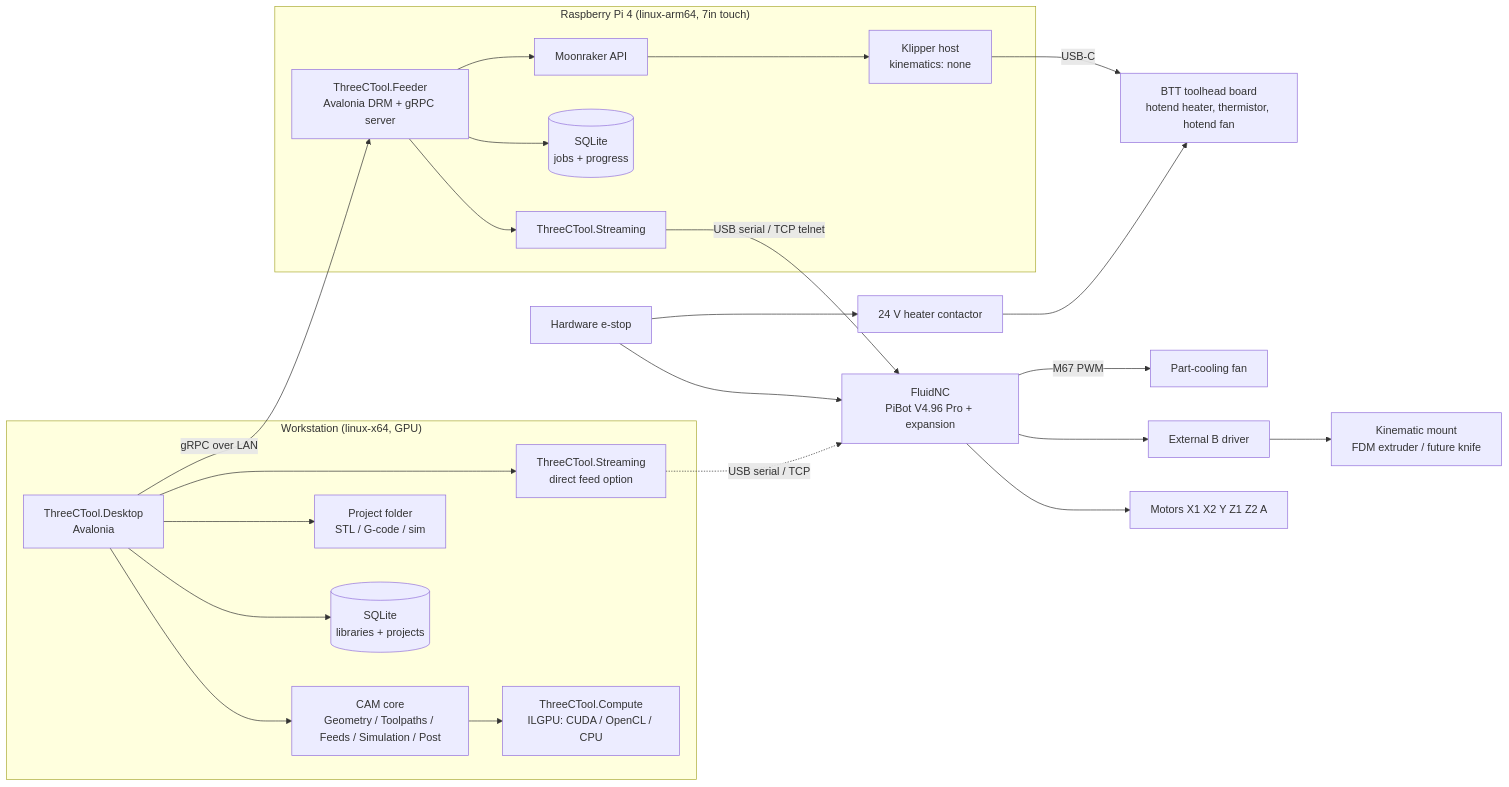
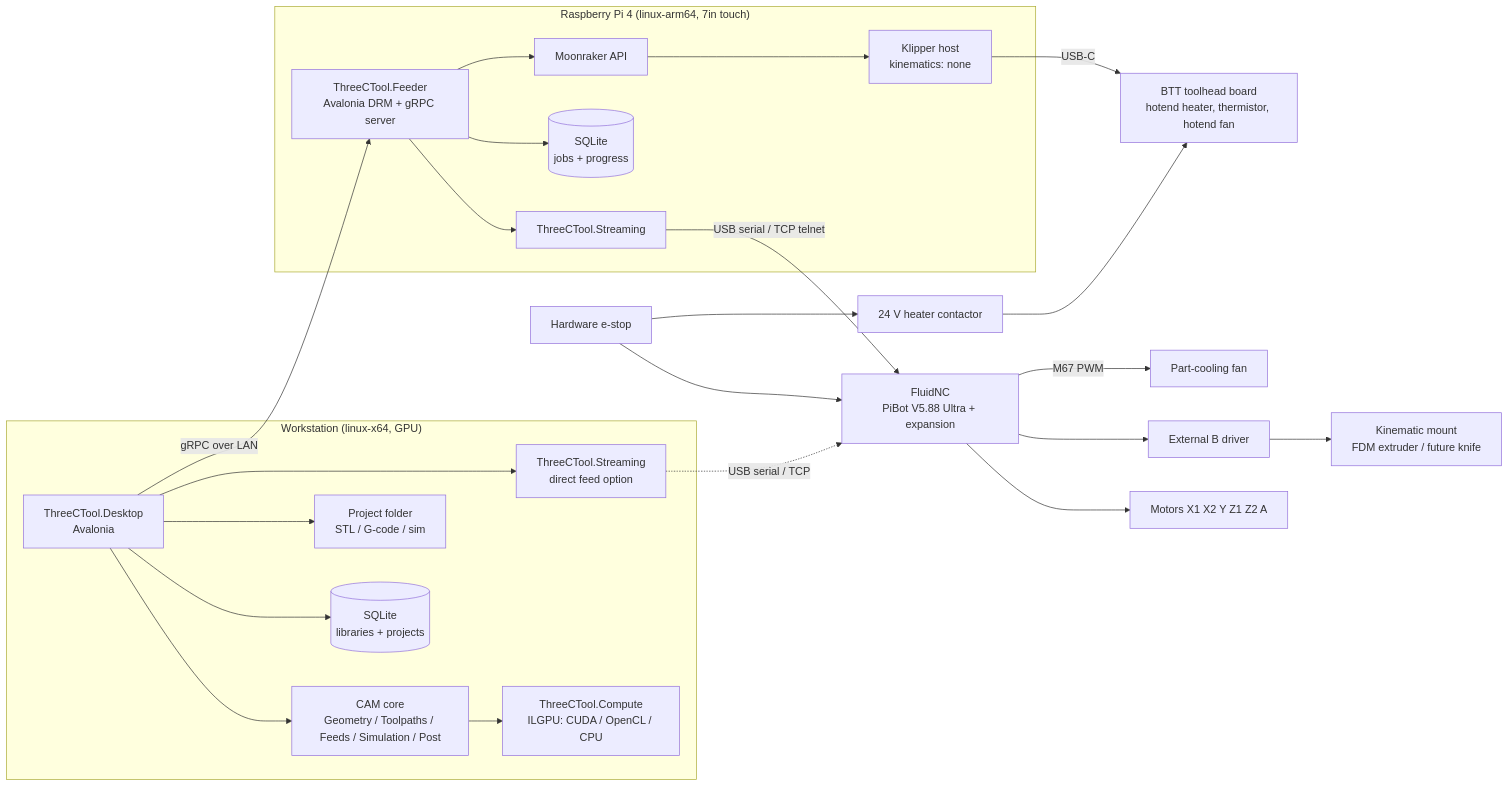
Before and after one commit to Classic-Car-EVO/3CTool: the first of 2 diagrams in 3CTool_Plan.md, drawn with Mermaid. The commit also changed other lines of this file and 28 other files, not shown here.

````diff
--- a/3CTool_Plan.md
+++ b/3CTool_Plan.md
@@ -145,24 +145,24 @@
 ```mermaid
 flowchart LR
     subgraph Workstation["Workstation (linux-x64, GPU)"]
         D[ThreeCTool.Desktop<br/>Avalonia] --> CAM[CAM core<br/>Geometry / Toolpaths / Feeds / Simulation / Post]
         CAM --> GPU[ThreeCTool.Compute<br/>ILGPU: CUDA / OpenCL / CPU]
         D --> DB1[(SQLite<br/>libraries + projects)]
         D --> FS1[Project folder<br/>STL / G-code / sim]
         D --> STR1[ThreeCTool.Streaming<br/>direct feed option]
     end
     subgraph Pi["Raspberry Pi 4 (linux-arm64, 7in touch)"]
         F[ThreeCTool.Feeder<br/>Avalonia DRM + gRPC server] --> STR2[ThreeCTool.Streaming]
         F --> DB2[(SQLite<br/>jobs + progress)]
         F --> MR[Moonraker API] --> KL[Klipper host<br/>kinematics: none]
     end
     D -- gRPC over LAN --> F
-    STR2 -- USB serial / TCP telnet --> M[FluidNC<br/>PiBot V4.96 Pro + expansion]
+    STR2 -- USB serial / TCP telnet --> M[FluidNC<br/>PiBot V5.88 Ultra + expansion]
     STR1 -. USB serial / TCP .-> M
     M --> MOT[Motors X1 X2 Y Z1 Z2 A]
     M --> BD[External B driver] --> KM[Kinematic mount<br/>FDM extruder / future knife]
     M -- M67 PWM --> PF[Part-cooling fan]
     KL -- USB-C --> TH[BTT toolhead board<br/>hotend heater, thermistor, hotend fan]
     ES[Hardware e-stop] --> M
     ES --> CT[24 V heater contactor] --> TH
 ```
````
